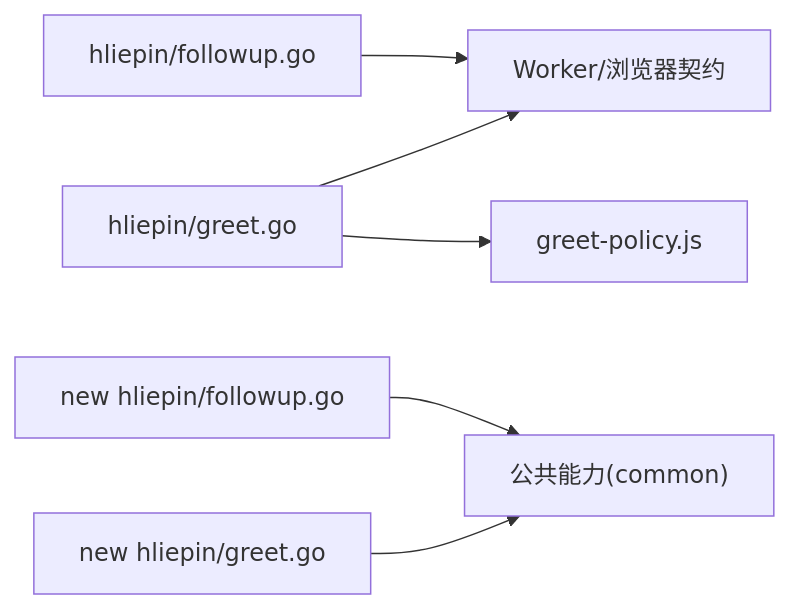
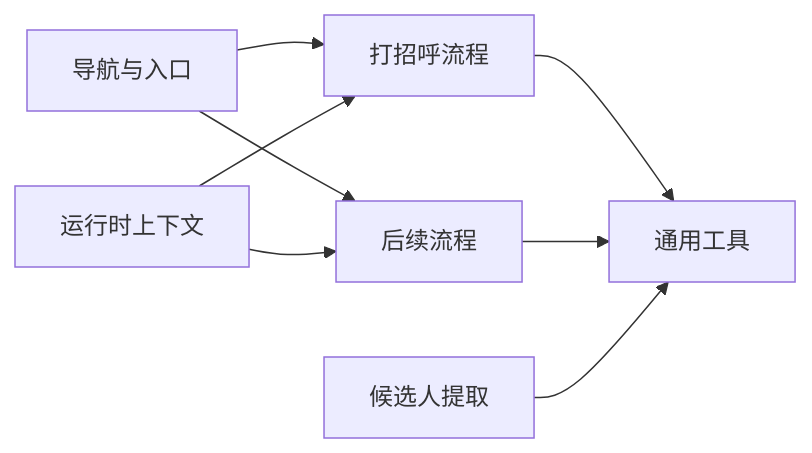
One commit to alvinwangzi/goodhr changed the fifth of 5 diagrams in .qoder/repowiki/zh/content/本地执行器/平台适配器/猎聘适配器/在线沟通.md. Above: the diagram before and after it, drawn with Mermaid. The commit also changed other lines of this file and 149 other files, not shown here.

````diff
--- a/.qoder/repowiki/zh/content/本地执行器/平台适配器/猎聘适配器/在线沟通.md
+++ b/.qoder/repowiki/zh/content/本地执行器/平台适配器/猎聘适配器/在线沟通.md
@@ -256,8 +271,10 @@
 ```mermaid
 graph LR
-G["hliepin/greet.go"] --> W["Worker/浏览器契约"]
-F["hliepin/followup.go"] --> W
-G --> P["greet-policy.js"]
-GN["new hliepin/greet.go"] --> PC["公共能力(common)"]
-FN["new hliepin/followup.go"] --> PC
+G["打招呼流程"] --> H["通用工具"]
+F["后续流程"] --> H
+C["候选人提取"] --> H
+N["导航与入口"] --> G
+N --> F
+R["运行时上下文"] --> G
+R --> F
 ```
````
